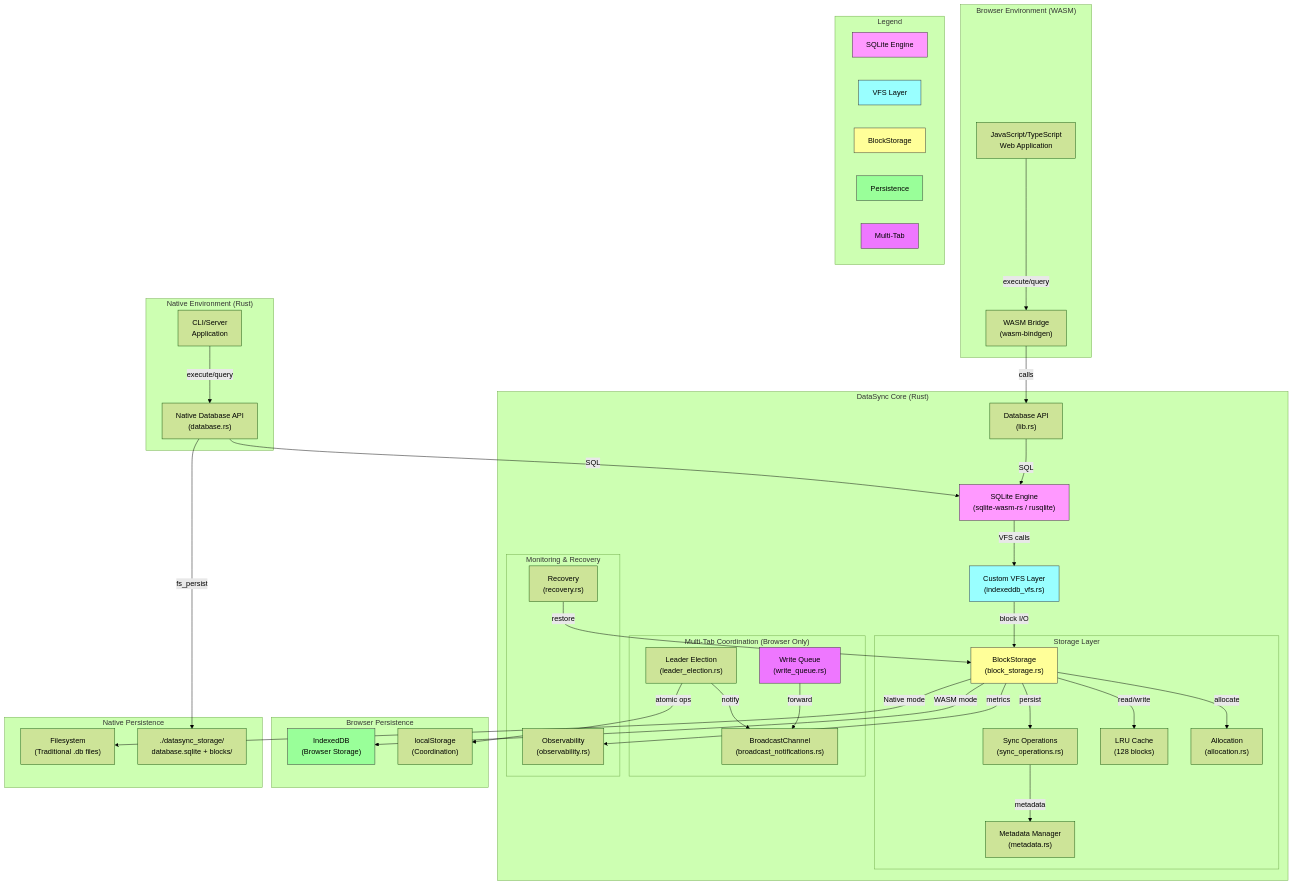
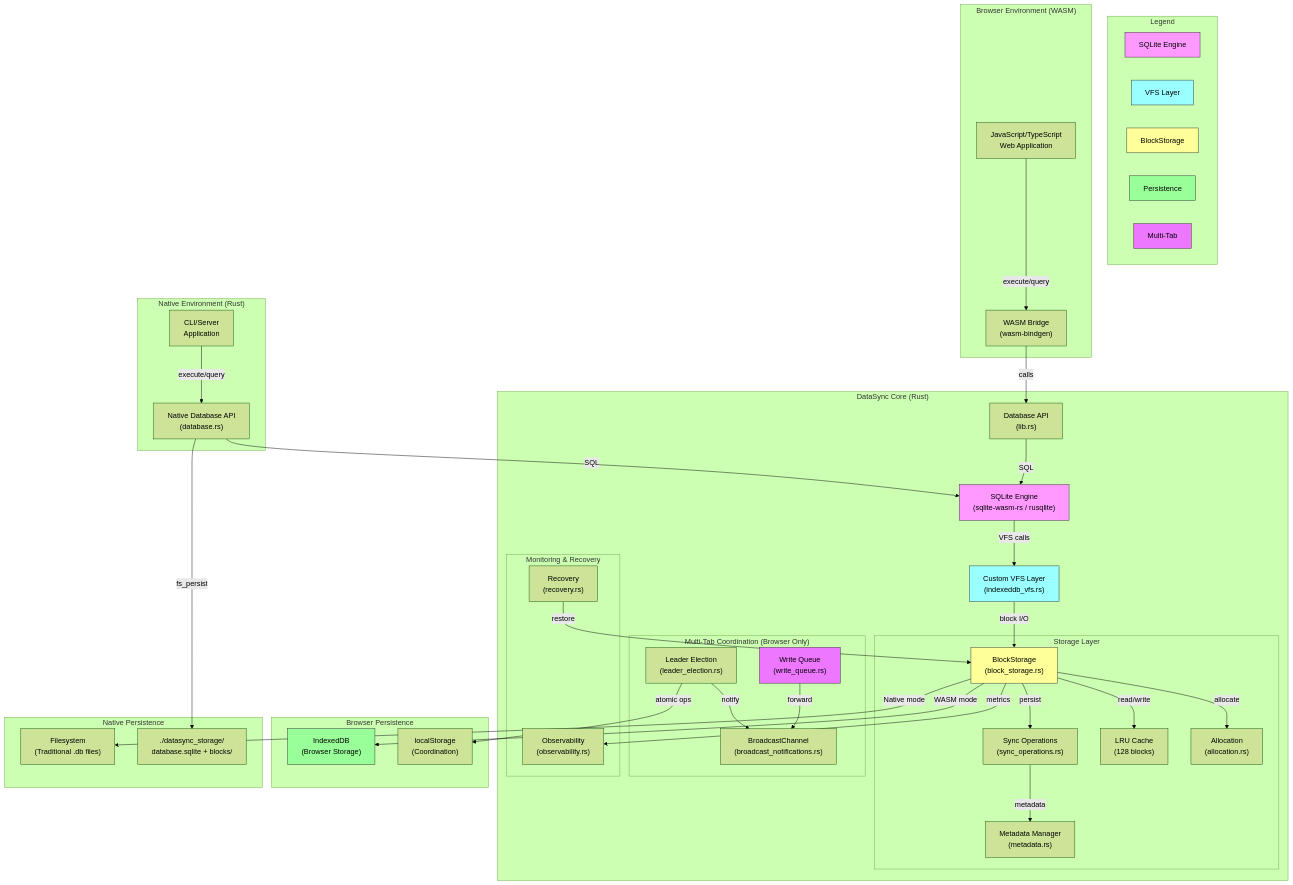
The diagram in README.md (npiesco/absurder-sql), drawn with Mermaid (forest theme) before and after one commit.

Commit message:
docs: Position legend horizontally at top of diagram

````diff
--- a/README.md
+++ b/README.md
@@ -25,5 +25,14 @@
 ```mermaid
 graph TB
+    subgraph Legend
+        direction LR
+        L1["SQLite Engine"]
+        L2["VFS Layer"]
+        L3["BlockStorage"]
+        L4["Persistence"]
+        L5["Multi-Tab"]
+    end
+    
     subgraph "Browser Environment (WASM)"
         JS["JavaScript/TypeScript<br/>Web Application"]
         WASM["WASM Bridge<br/>(wasm-bindgen)"]
@@ -89,14 +98,6 @@
     QUEUE -->|forward| BCAST
     RECOVERY -->|restore| BS
     
-    subgraph Legend
-        L1["SQLite Engine"]
-        L2["VFS Layer"]
-        L3["BlockStorage"]
-        L4["Persistence"]
-        L5["Multi-Tab"]
-    end
-    
     style SQLITE fill:#f9f,stroke:#333,color:#000
     style VFS fill:#9ff,stroke:#333,color:#000
     style BS fill:#ff9,stroke:#333,color:#000
````
